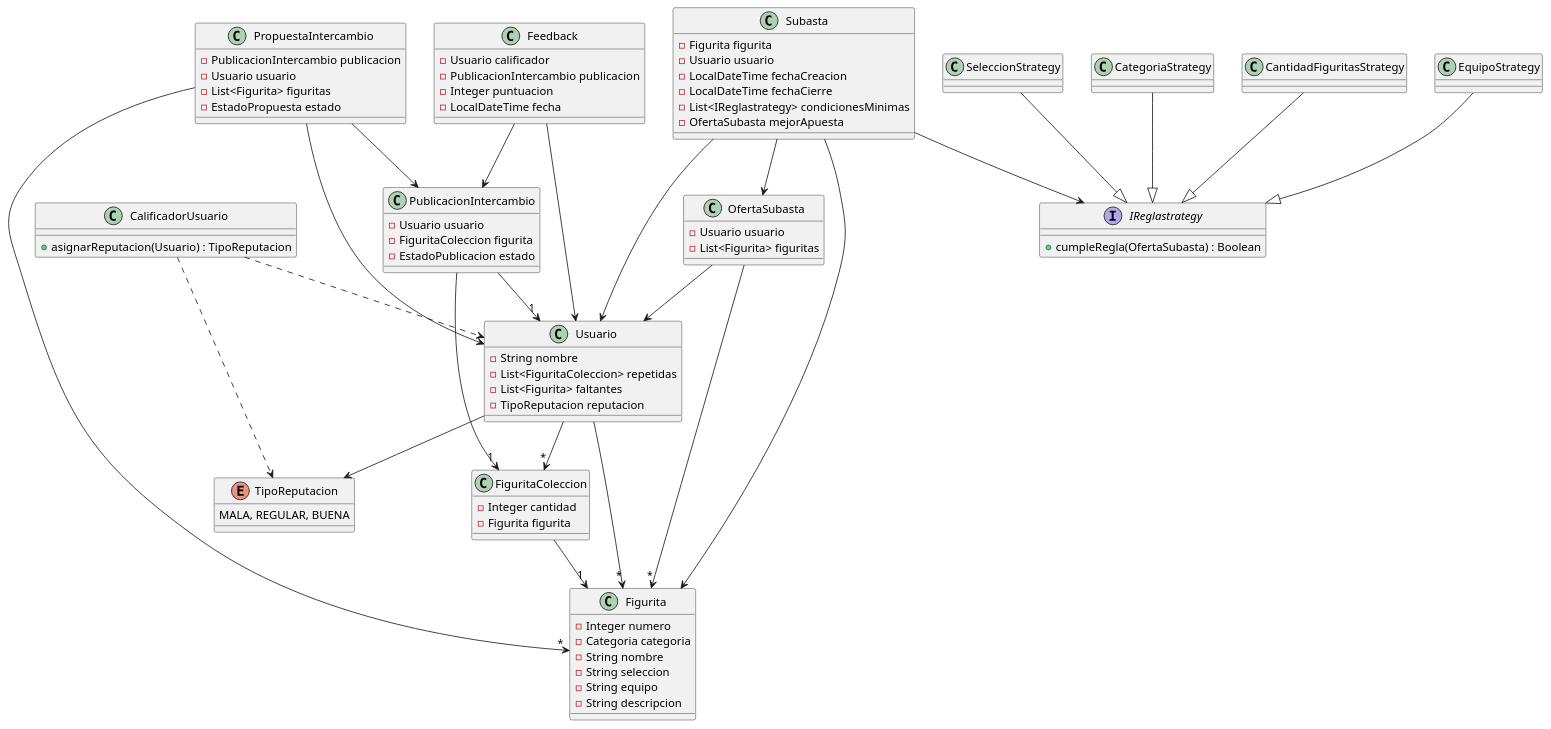
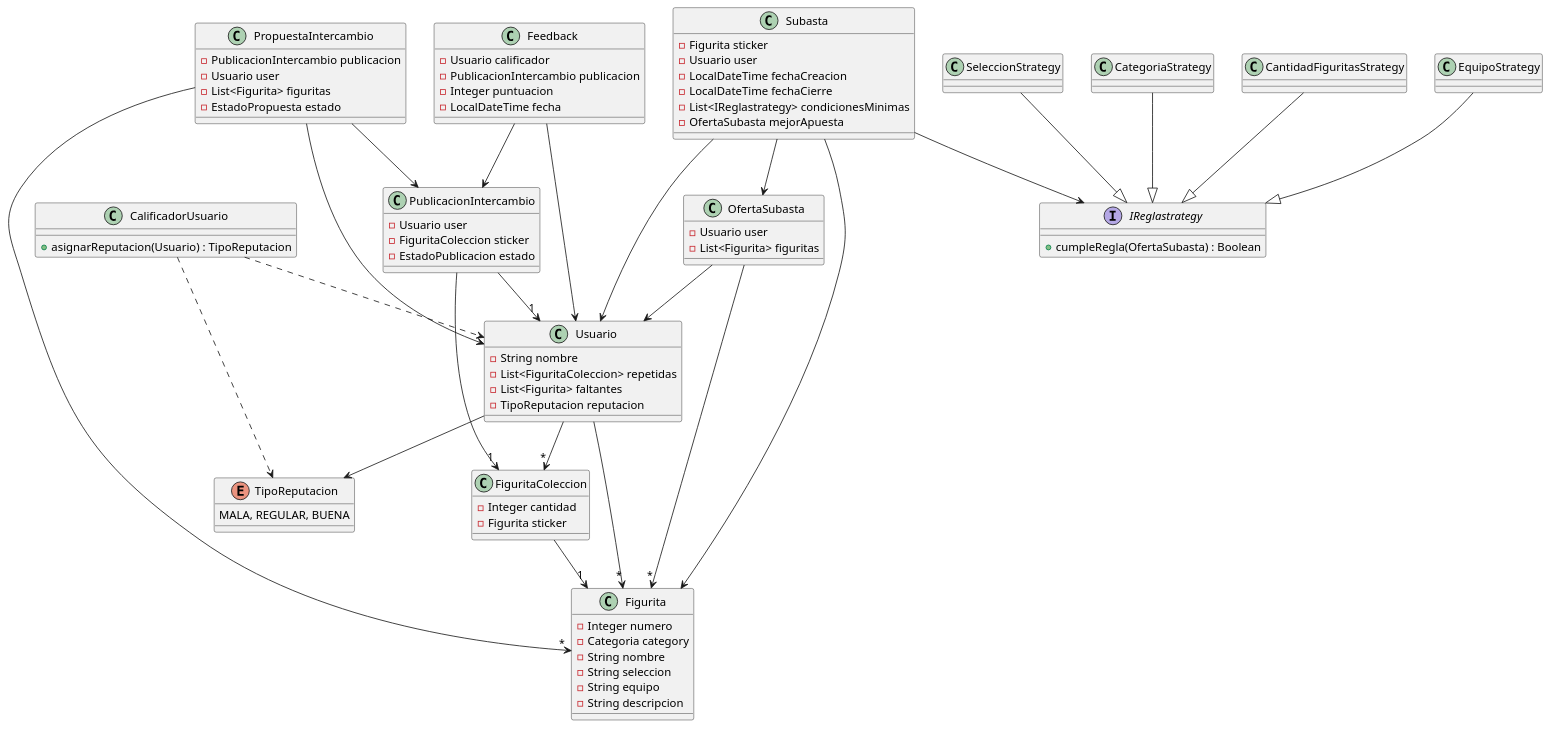
One commit to Leo-de-Riv3r/tp1c2026 changed the diagram in backend/dc.puml. Above: the diagram before and after it, drawn with PlantUML. The commit also changed 79 other files, not shown here.

```diff
--- a/backend/dc.puml
+++ b/backend/dc.puml
@@ -1,110 +1,110 @@
 @startuml
 'https://plantuml.com/class-diagram
 
 Usuario  --> "*" FiguritaColeccion
 FiguritaColeccion --> "1" Figurita
 Usuario --> "*" Figurita
 PublicacionIntercambio --> "1" Usuario
 PublicacionIntercambio --> "1" FiguritaColeccion
 PropuestaIntercambio --> PublicacionIntercambio
 PropuestaIntercambio --> Usuario
 PropuestaIntercambio --> "*" Figurita
 Subasta --> Figurita
 Subasta --> Usuario
 Subasta --> IReglastrategy
 Subasta --> OfertaSubasta
 OfertaSubasta --> Usuario
 OfertaSubasta --> "*" Figurita
 Feedback --> Usuario
 Feedback --> PublicacionIntercambio
 CalificadorUsuario ..> Usuario
 CalificadorUsuario ..> TipoReputacion
 Usuario --> TipoReputacion
 SeleccionStrategy --|> IReglastrategy
 CategoriaStrategy --|> IReglastrategy
 CantidadFiguritasStrategy --|> IReglastrategy
 EquipoStrategy --|> IReglastrategy
 
 class Figurita{
   - Integer numero
-  - Categoria categoria
+  - Categoria category
   - String nombre
   - String seleccion
   - String equipo
   - String descripcion
 }
 
 class FiguritaColeccion {
   - Integer cantidad
-  - Figurita figurita
+  - Figurita sticker
 }
 
 class OfertaSubasta {
-  - Usuario usuario
+  - Usuario user
   - List<Figurita> figuritas
 }
 
 class PropuestaIntercambio {
   - PublicacionIntercambio publicacion
-  - Usuario usuario
+  - Usuario user
   - List<Figurita> figuritas
   - EstadoPropuesta estado
 }
 
 class PublicacionIntercambio {
-  - Usuario usuario
-  - FiguritaColeccion figurita
+  - Usuario user
+  - FiguritaColeccion sticker
   - EstadoPublicacion estado
 }
 
 class Subasta {
-  - Figurita figurita
-  - Usuario usuario
+  - Figurita sticker
+  - Usuario user
   - LocalDateTime fechaCreacion
   - LocalDateTime fechaCierre
   - List<IReglastrategy> condicionesMinimas
   - OfertaSubasta mejorApuesta
 }
 
 class Usuario {
   - String nombre
   - List<FiguritaColeccion> repetidas
   - List<Figurita> faltantes
   - TipoReputacion reputacion
 }
 
 class Feedback {
   - Usuario calificador
   - PublicacionIntercambio publicacion
   - Integer puntuacion
   - LocalDateTime fecha
 }
 
 
  ' Clase que sera llamada en cronjob¡
 class CalificadorUsuario{
 ' obtendra calificacion segun el promedio de las ultimas x calificaciones
   + asignarReputacion(Usuario) : TipoReputacion
 }
 
 enum TipoReputacion {
   MALA, REGULAR, BUENA
 }
 
 interface IReglastrategy{
   + cumpleRegla(OfertaSubasta) : Boolean
 }
 
 class CantidadFiguritasStrategy {
 }
 
 class CategoriaStrategy {
 }
 
 class EquipoStrategy {
 }
 
 class SeleccionStrategy{
 
 }
 @enduml
```
